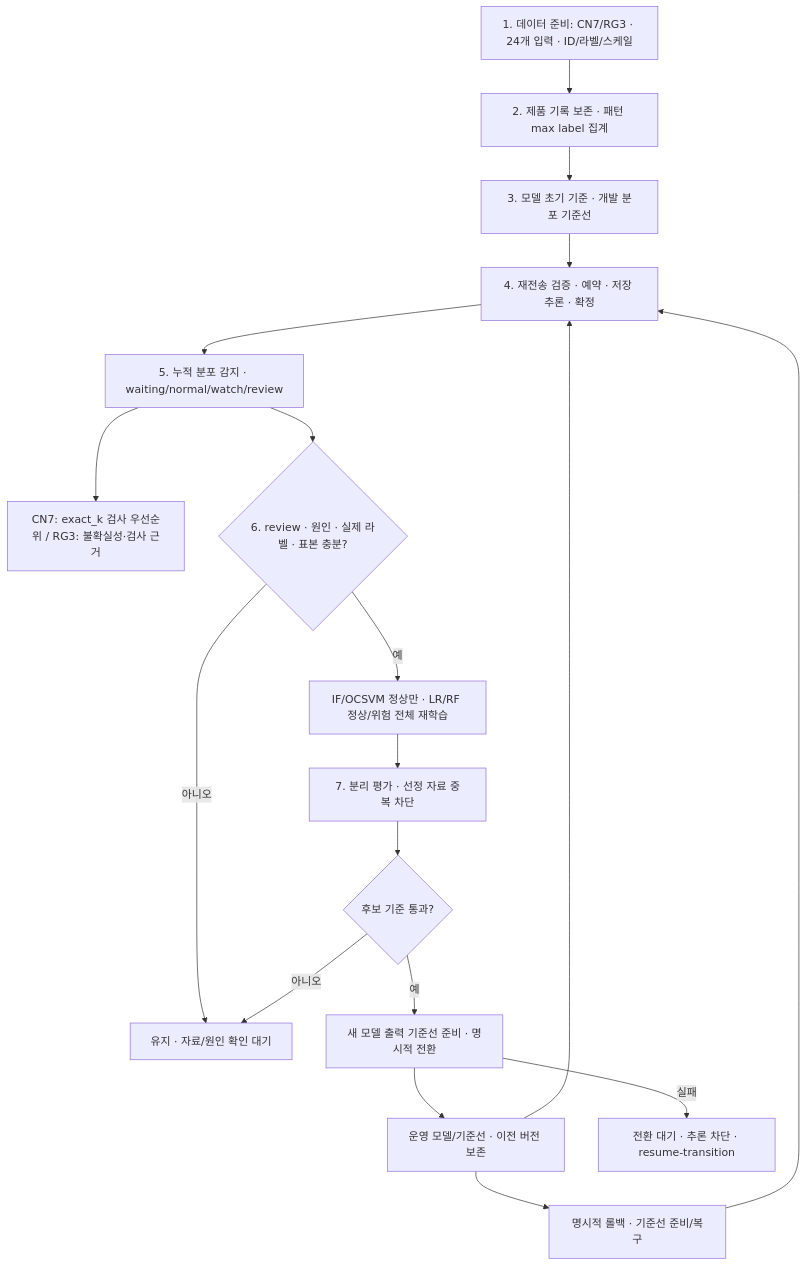
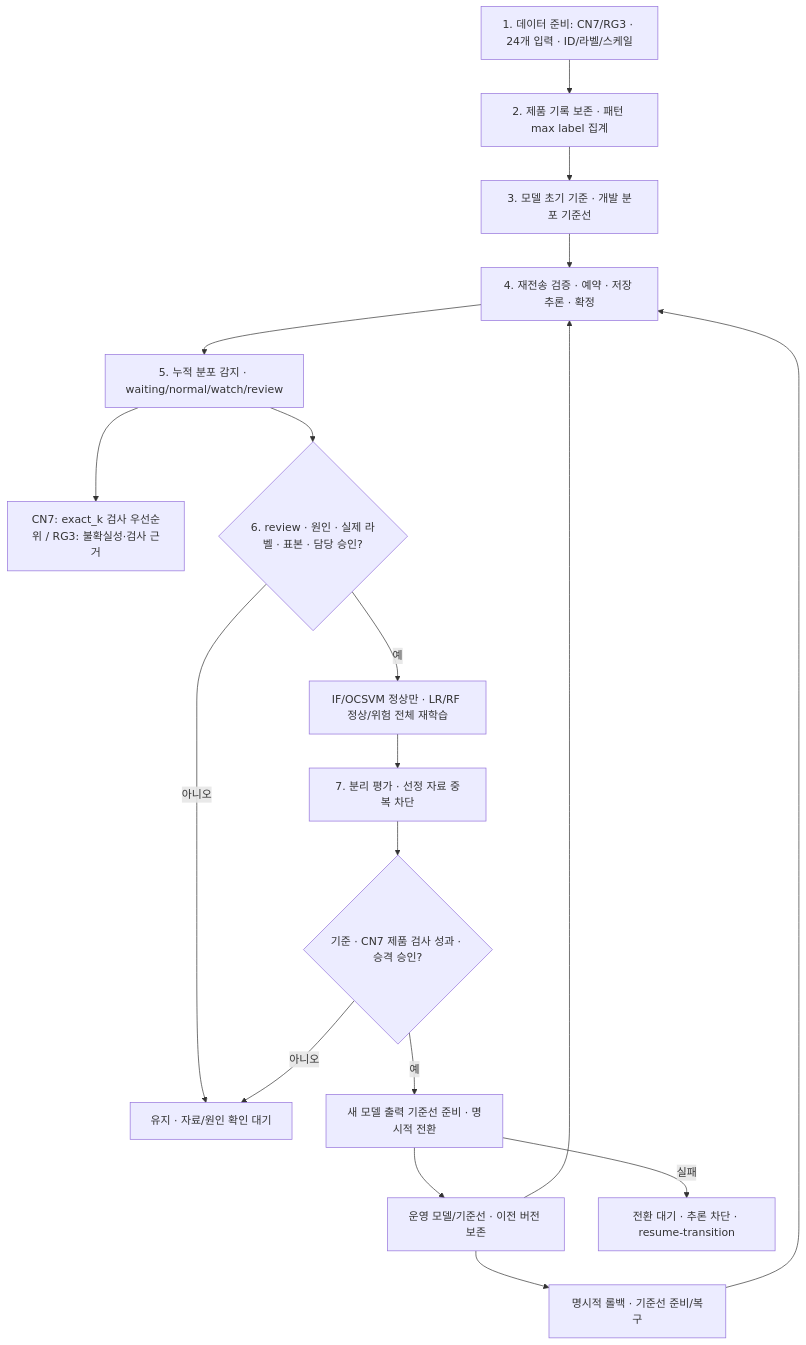
The diagram in 03.modeling/common/WORKFLOW_ACCEPTANCE.md (SeokHwanHong/26KAMP), drawn with Mermaid before and after one commit. The commit also changed other lines of this file and 45 other files, not shown here.

````diff
--- a/03.modeling/common/WORKFLOW_ACCEPTANCE.md
+++ b/03.modeling/common/WORKFLOW_ACCEPTANCE.md
@@ -6,20 +8,20 @@
 ```mermaid
 flowchart TD
     A[1. 데이터 준비: CN7/RG3 · 24개 입력 · ID/라벨/스케일] --> B[2. 제품 기록 보존 · 패턴 max label 집계]
     B --> C[3. 모델 초기 기준 · 개발 분포 기준선]
     C --> D[4. 재전송 검증 · 예약 · 저장 추론 · 확정]
     D --> E[5. 누적 분포 감지 · waiting/normal/watch/review]
     E --> G[CN7: exact_k 검사 우선순위 / RG3: 불확실성·검사 근거]
-    E --> F{6. review · 원인 · 실제 라벨 · 표본 충분?}
+    E --> F{6. review · 원인 · 실제 라벨 · 표본 · 담당 승인?}
     F -->|아니오| H[유지 · 자료/원인 확인 대기]
     F -->|예| I[IF/OCSVM 정상만 · LR/RF 정상/위험 전체 재학습]
     I --> J[7. 분리 평가 · 선정 자료 중복 차단]
-    J --> K{후보 기준 통과?}
+    J --> K{기준 · CN7 제품 검사 성과 · 승격 승인?}
     K -->|아니오| H
     K -->|예| L[새 모델 출력 기준선 준비 · 명시적 전환]
     L --> M[운영 모델/기준선 · 이전 버전 보존]
     M --> D
     L -->|실패| N[전환 대기 · 추론 차단 · resume-transition]
     M --> O[명시적 롤백 · 기준선 준비/복구]
     O --> D
 ```
````
